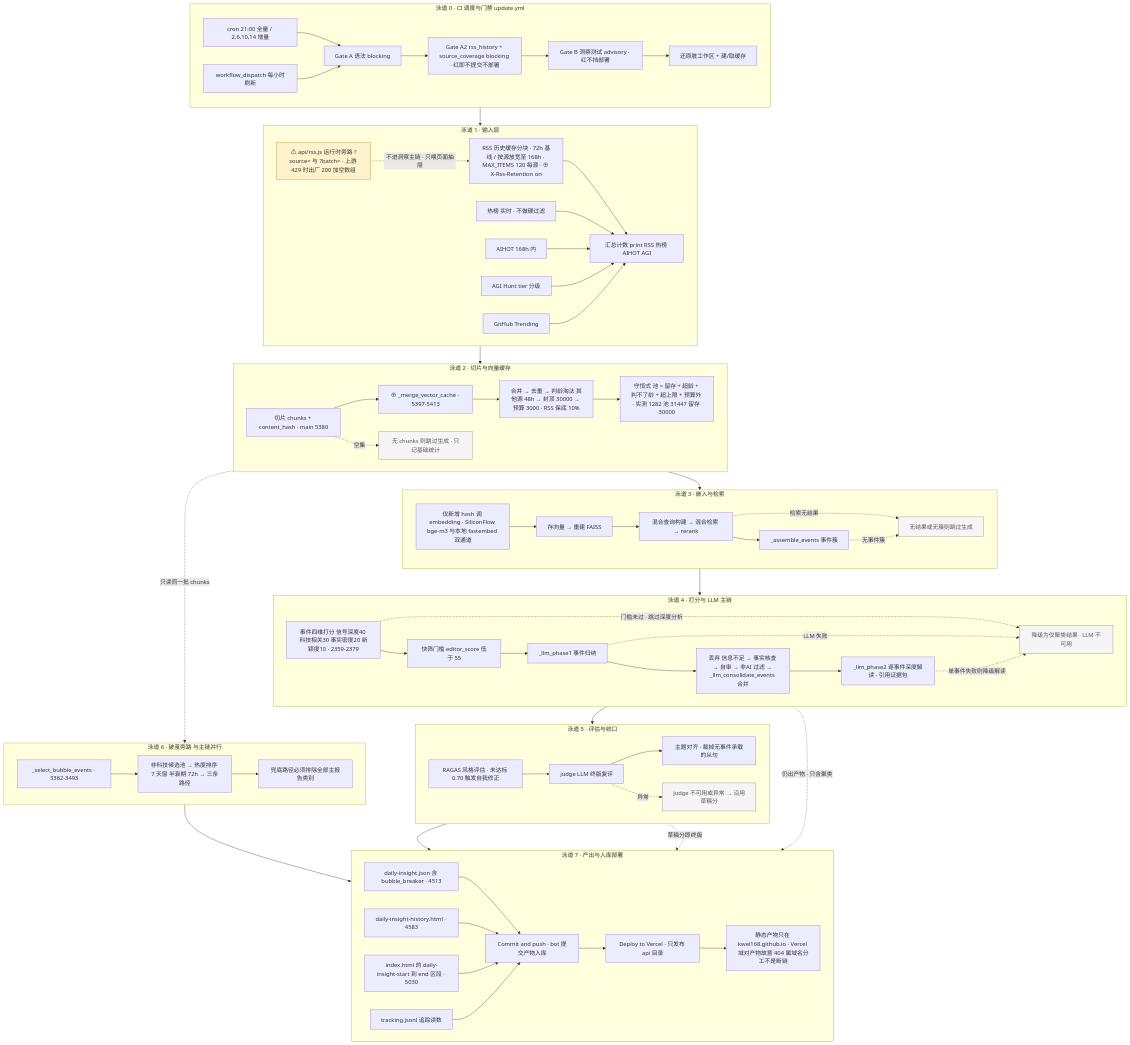
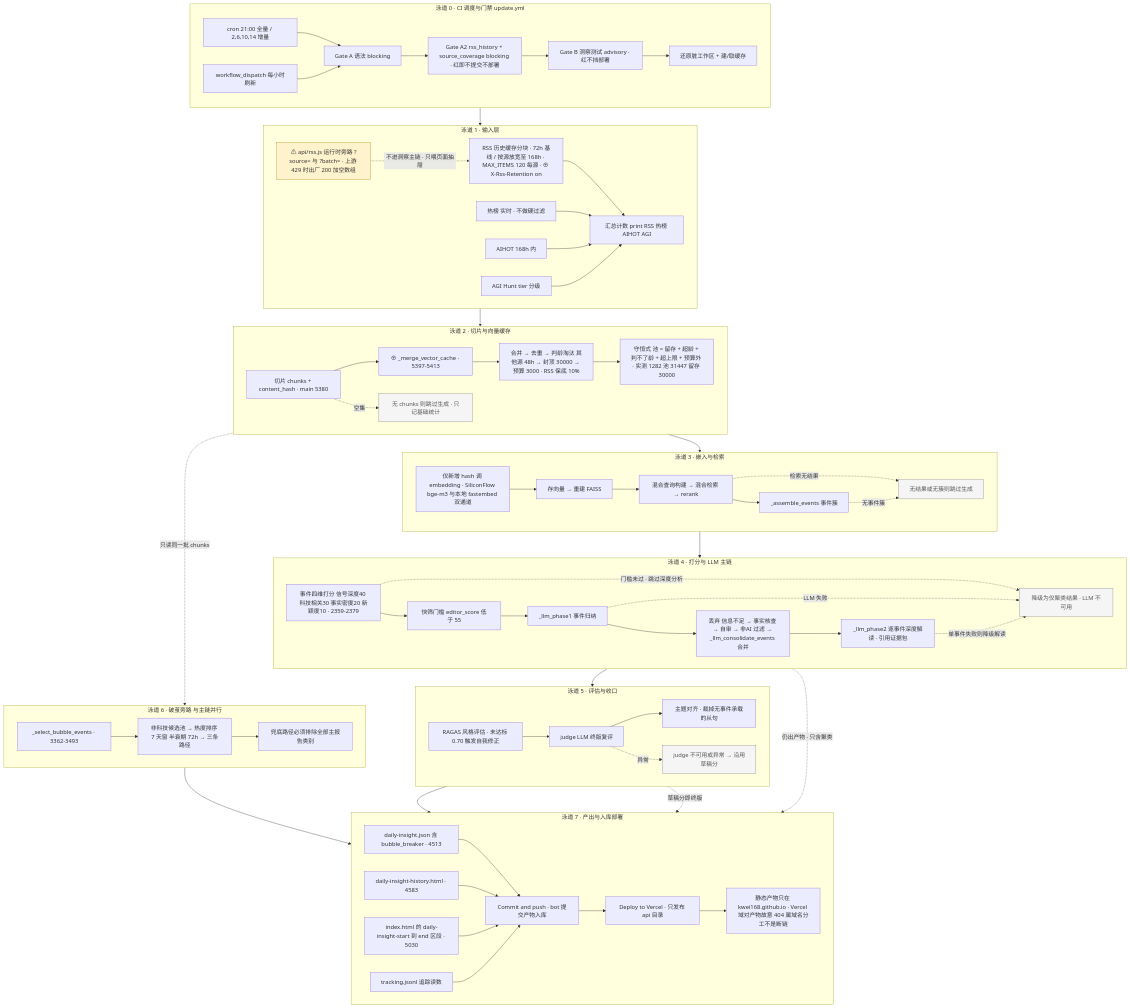
The diagram in docs/insight-pipeline-flow.md (Kwei168/starhub), drawn with Mermaid before and after one commit. The commit also changed 2 other files, not shown here.

Commit message:
docs: 删掉 insight-pipeline-flow.md 里误画的 GitHub Trending 输入节点
该节点是当时 agent 照同名常量反推输入层画错的：build_daily_insight.py 全文零次 trending，
真实输入汇总（5364 行）只有 RSS/热榜/AIHOT/AGI Hunt 四路；trending_snapshot.json 的读者是
fetch_and_build.py:432（首页排行榜），不进洞察链。

- insight-pipeline-flow.md：删 I5 节点与 I5 --> SUM 入边（全文 I5/Trending 零残留，
  SUM 剩 4 条入边，与该节点自身文字终于一致）
- 2026-09-22 设计文档：把已知挂起…不要动改成已了结，并写清核实依据
- storage HANDOFF：§10.21 隔离 8.7G 删除的四道核验与那条假绿自纠错、
  §10.22 我把 blocking 闸接红的根因（job 级 env 注入 AGNES key → 被测分支从罚期变轮转，已复现）、
  §10.23 本图更正

```diff
--- a/docs/insight-pipeline-flow.md
+++ b/docs/insight-pipeline-flow.md
@@ -25,14 +25,12 @@
     I2["热榜 实时 · 不做硬过滤"]
     I3["AIHOT 168h 内"]
     I4["AGI Hunt tier 分级"]
-    I5["GitHub Trending"]
     I6["⚠ api/rss.js 运行时旁路 ?source= 与 ?batch= · 上游 429 时出厂 200 加空数组"]
     SUM["汇总计数 print RSS 热榜 AIHOT AGI"]
     I1 --> SUM
     I2 --> SUM
     I3 --> SUM
     I4 --> SUM
-    I5 --> SUM
     I6 -. "不进洞察主链 · 只喂页面抽屉" .-> I1
   end
 
```
